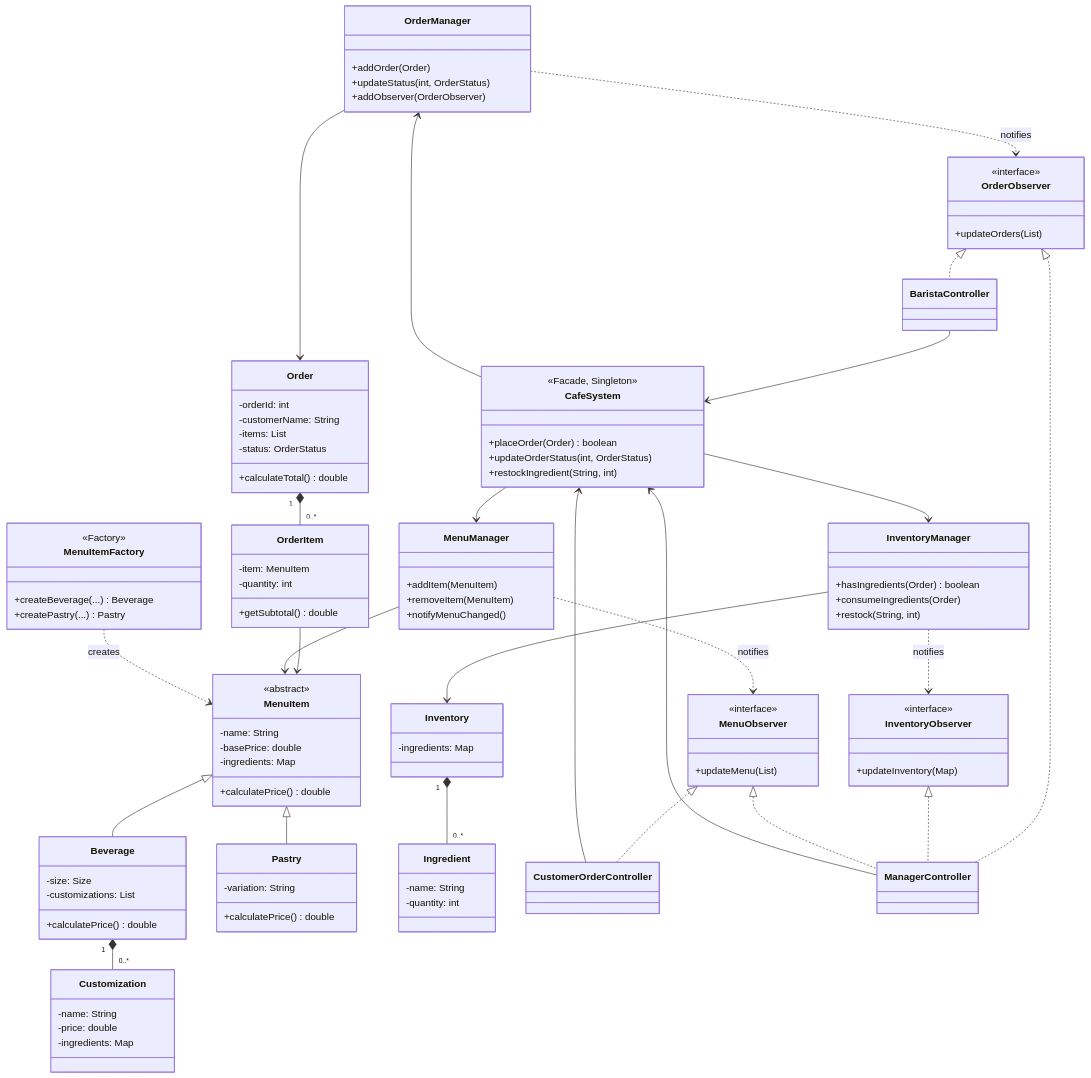
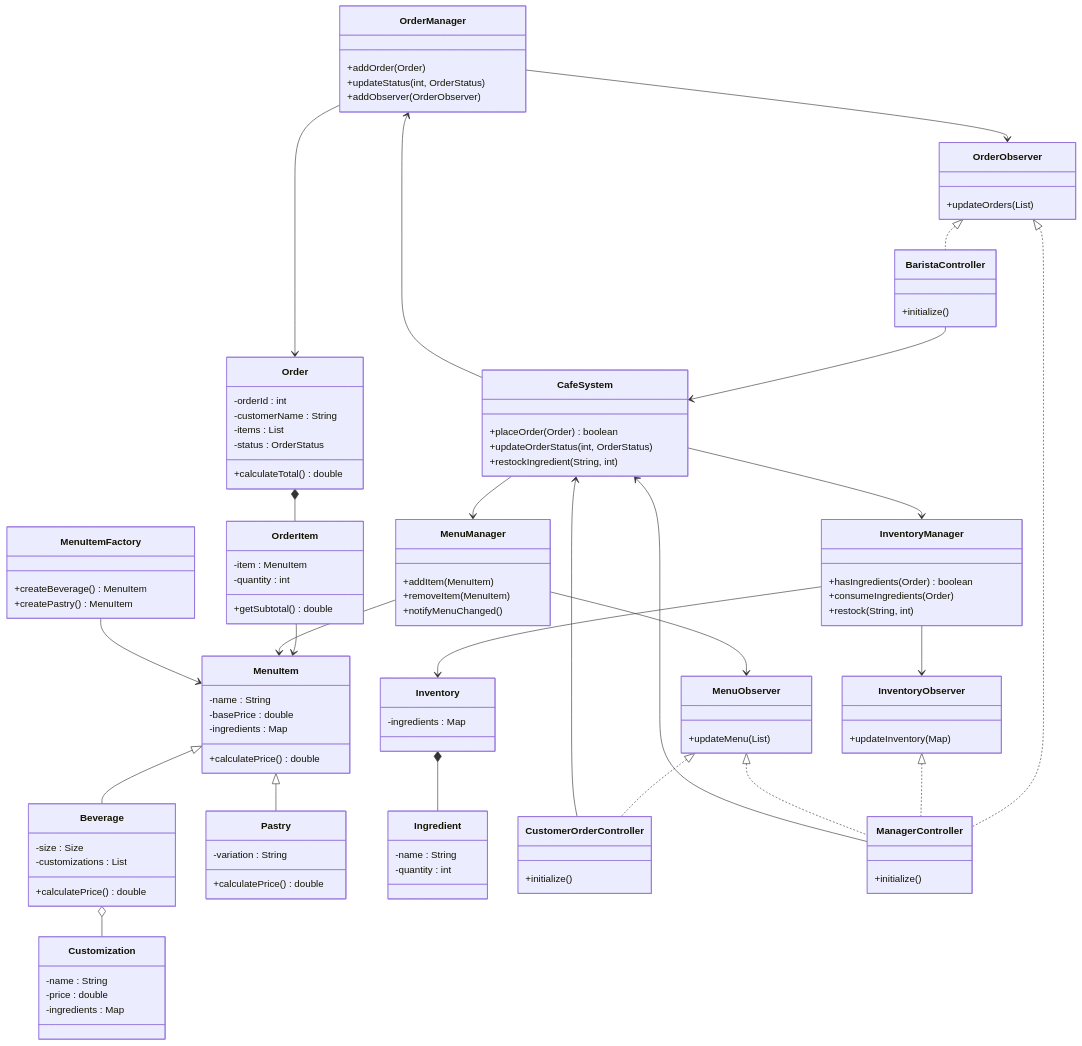
One commit to nhulchris/ICS-372-Group-Project changed the second of 6 diagrams in Report.md. Above: the diagram before and after it, drawn with Mermaid.

Commit message:
Fix Section 5 Mermaid syntax for PDF export compatibility

````diff
--- a/Report.md
+++ b/Report.md
@@ -175,21 +175,20 @@
 ```mermaid
 classDiagram
     class MenuItem {
-        <<abstract>>
-        -name: String
-        -basePrice: double
-        -ingredients: Map
+        -name : String
+        -basePrice : double
+        -ingredients : Map
         +calculatePrice() double
     }
 
     class Beverage {
-        -size: Size
-        -customizations: List
+        -size : Size
+        -customizations : List
         +calculatePrice() double
     }
 
     class Pastry {
-        -variation: String
+        -variation : String
         +calculatePrice() double
     }
 
@@ -197,40 +196,40 @@
     MenuItem <|-- Pastry
 
     class Customization {
-        -name: String
-        -price: double
-        -ingredients: Map
+        -name : String
+        -price : double
+        -ingredients : Map
     }
 
-    Beverage "1" *-- "0..*" Customization
+    Beverage o-- Customization
 
     class Order {
-        -orderId: int
-        -customerName: String
-        -items: List
-        -status: OrderStatus
+        -orderId : int
+        -customerName : String
+        -items : List
+        -status : OrderStatus
         +calculateTotal() double
     }
 
     class OrderItem {
-        -item: MenuItem
-        -quantity: int
+        -item : MenuItem
+        -quantity : int
         +getSubtotal() double
     }
 
-    Order "1" *-- "0..*" OrderItem
+    Order *-- OrderItem
     OrderItem --> MenuItem
 
     class Ingredient {
-        -name: String
-        -quantity: int
+        -name : String
+        -quantity : int
     }
 
     class Inventory {
-        -ingredients: Map
+        -ingredients : Map
     }
 
-    Inventory "1" *-- "0..*" Ingredient
+    Inventory *-- Ingredient
 
     class OrderManager {
         +addOrder(Order)
@@ -255,7 +254,6 @@
     MenuManager --> MenuItem
 
     class CafeSystem {
-        <<Facade, Singleton>>
         +placeOrder(Order) boolean
         +updateOrderStatus(int, OrderStatus)
         +restockIngredient(String, int)
@@ -266,33 +264,39 @@
     CafeSystem --> MenuManager
 
     class MenuItemFactory {
-        <<Factory>>
-        +createBeverage(...) Beverage
-        +createPastry(...) Pastry
+        +createBeverage() MenuItem
+        +createPastry() MenuItem
     }
 
-    MenuItemFactory ..> MenuItem : creates
+    MenuItemFactory --> MenuItem
 
     class OrderObserver {
-        <<interface>>
         +updateOrders(List)
     }
+
     class InventoryObserver {
-        <<interface>>
         +updateInventory(Map)
     }
+
     class MenuObserver {
-        <<interface>>
         +updateMenu(List)
     }
 
-    OrderManager ..> OrderObserver : notifies
-    InventoryManager ..> InventoryObserver : notifies
-    MenuManager ..> MenuObserver : notifies
+    OrderManager --> OrderObserver
+    InventoryManager --> InventoryObserver
+    MenuManager --> MenuObserver
 
-    class CustomerOrderController
-    class BaristaController
-    class ManagerController
+    class CustomerOrderController {
+        +initialize()
+    }
+
+    class BaristaController {
+        +initialize()
+    }
+
+    class ManagerController {
+        +initialize()
+    }
 
     OrderObserver <|.. BaristaController
     OrderObserver <|.. ManagerController
````
